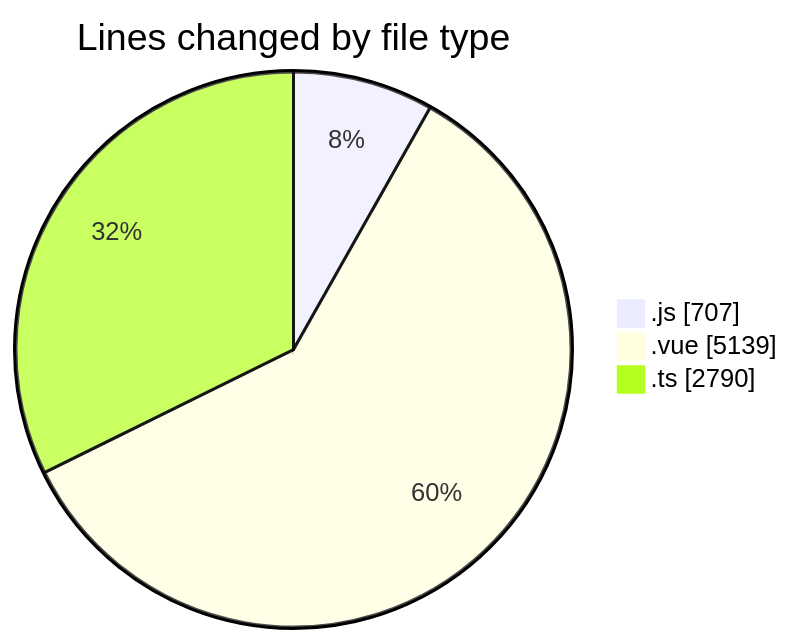
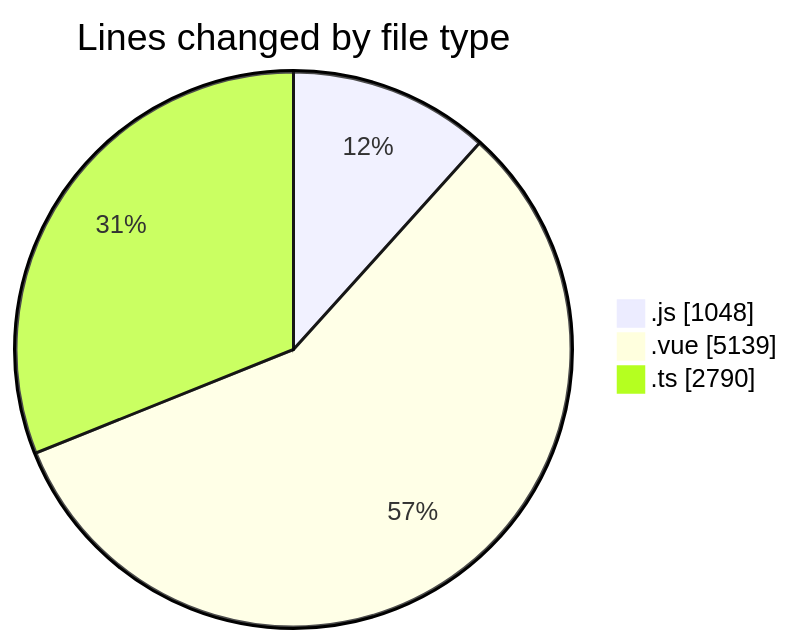
Before and after one commit to lephambinh05/code-tracking: the first of 2 diagrams in 2025-08-17/rentotp/README.md, drawn with Mermaid. The commit also changed other lines of this file and 1 other file, not shown here.

````diff
--- a/2025-08-17/rentotp/README.md
+++ b/2025-08-17/rentotp/README.md
@@ -41,7 +42,7 @@
 ```mermaid
 pie showData
 title Lines changed by file type
-".js" : 707
+".js" : 1048
 ".vue" : 5139
 ".ts" : 2790
 ```
````
